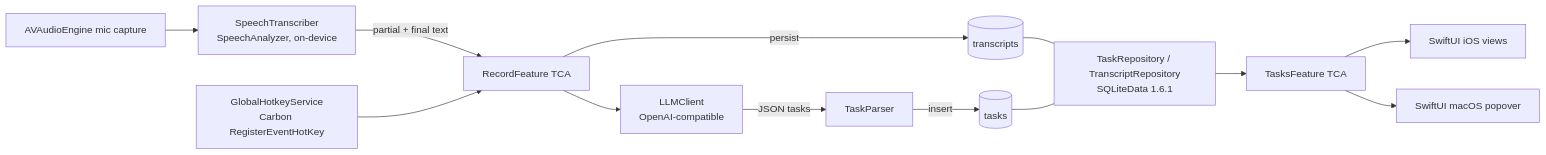
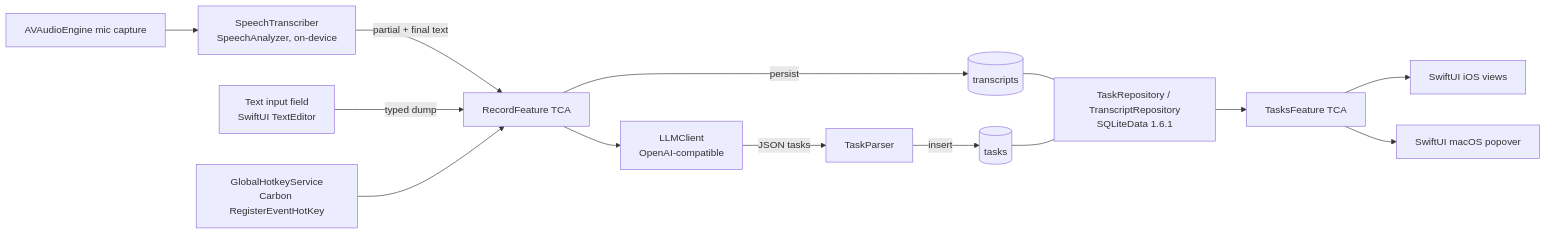
The diagram in docs/ARCHITECTURE.md (OpenTile/Slush), drawn with Mermaid before and after one commit. The commit also changed other lines of this file and 2 other files, not shown here.

Commit message:
docs: add typed brain-dump as alternative input path (S004) (#4)

````diff
--- a/docs/ARCHITECTURE.md
+++ b/docs/ARCHITECTURE.md
@@ -7,14 +7,15 @@
 ```mermaid
 flowchart LR
     Mic[AVAudioEngine mic capture] --> ST[SpeechTranscriber<br/>SpeechAnalyzer, on-device]
     ST -->|partial + final text| RF[RecordFeature TCA]
+    Text[Text input field<br/>SwiftUI TextEditor] -->|typed dump| RF
     RF -->|persist| TR[(transcripts)]
     RF --> LLM[LLMClient<br/>OpenAI-compatible]
     LLM -->|JSON tasks| TP[TaskParser]
     TP -->|insert| TS[(tasks)]
     TR & TS --- Repo[TaskRepository / TranscriptRepository<br/>SQLiteData 1.6.1]
     Repo --> TF[TasksFeature TCA]
     TF --> UIiOS[SwiftUI iOS views]
     TF --> UIMac[SwiftUI macOS popover]
     Hotkey[GlobalHotkeyService<br/>Carbon RegisterEventHotKey] --> RF
 ```
````
